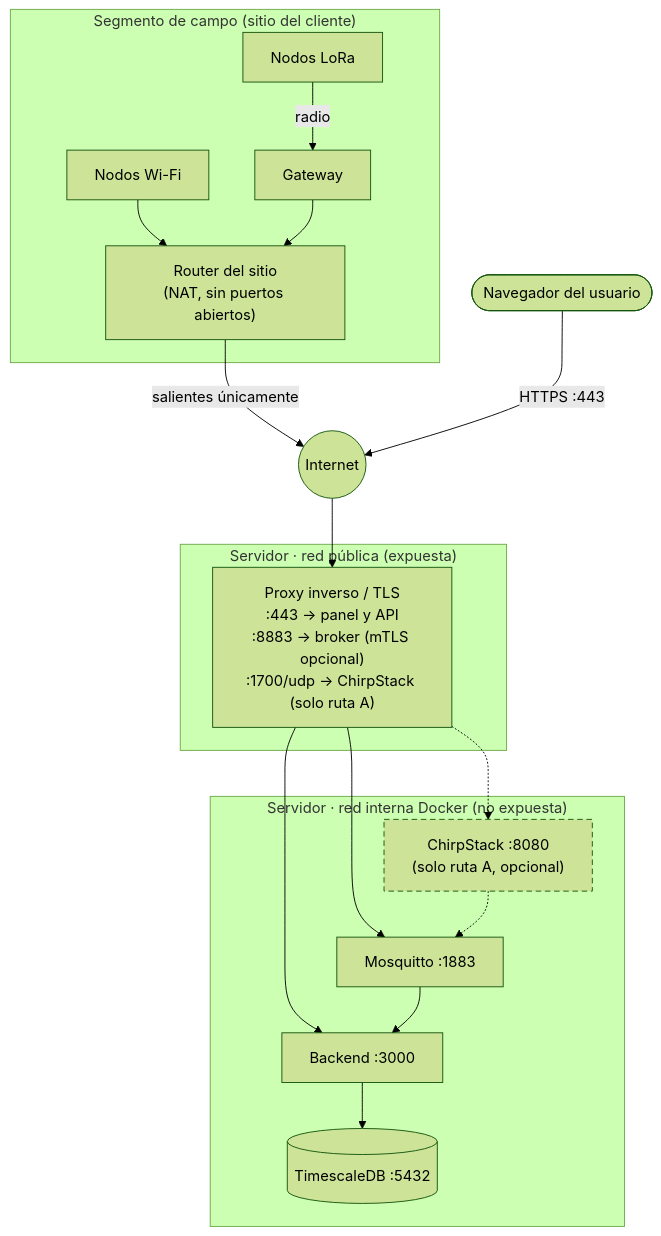
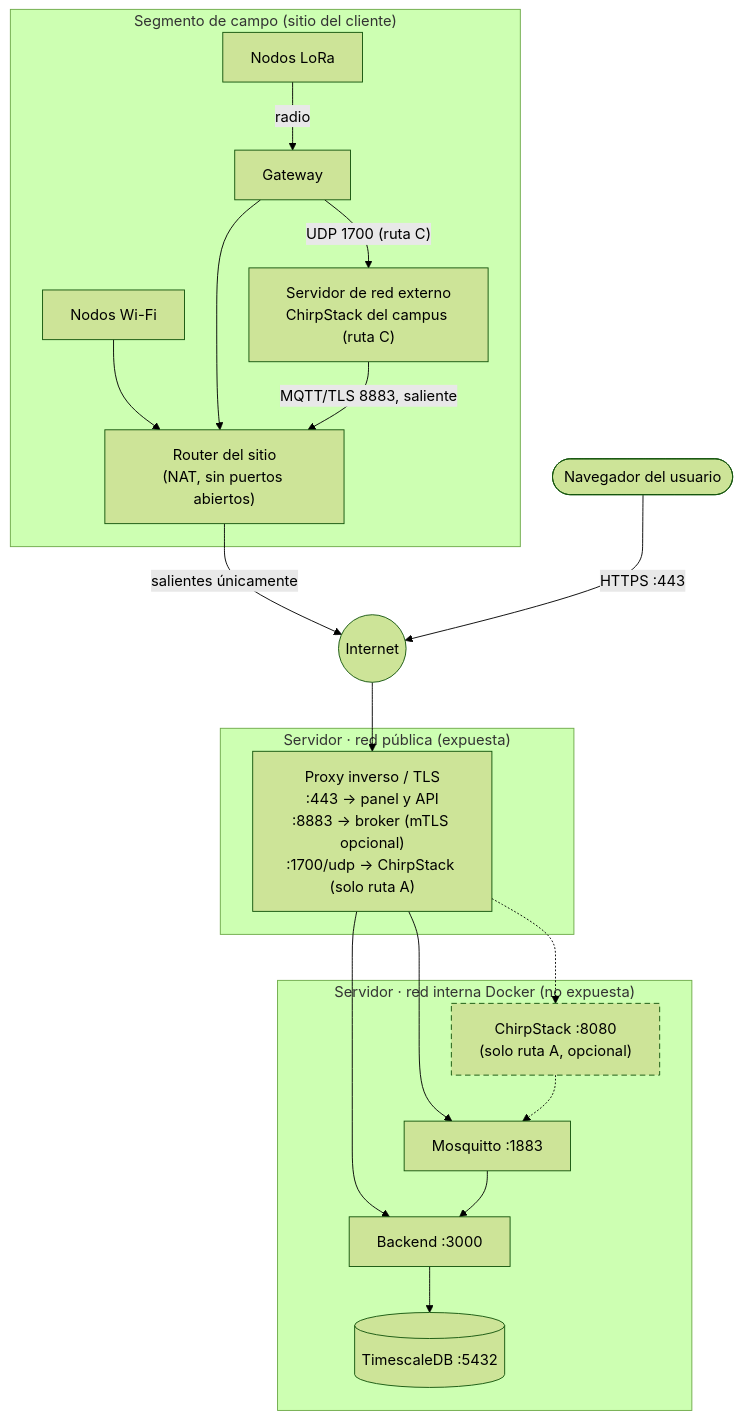
Before and after one commit to vicenterami/tesis: the diagram in informe-oficial/figuras/mermaid/red.mmd, drawn with Mermaid (forest theme). The commit also changed 17 other files, not shown here.

First line of the commit message:
Agrega la ruta C: el servidor de red LoRaWAN externo del campus publica en el broker

```diff
--- a/informe-oficial/figuras/mermaid/red.mmd
+++ b/informe-oficial/figuras/mermaid/red.mmd
@@ -1,32 +1,34 @@
 flowchart TB
     subgraph CAMPO["Segmento de campo (sitio del cliente)"]
         S1["Nodos LoRa"] -- radio --> G["Gateway"]
         S2["Nodos Wi-Fi"] --> R["Router del sitio\n(NAT, sin puertos abiertos)"]
         G --> R
+        G -- "UDP 1700 (ruta C)" --> NSE["Servidor de red externo\nChirpStack del campus (ruta C)"]
+        NSE -- "MQTT/TLS 8883, saliente" --> R
     end
 
     INET(("Internet"))
 
     subgraph DMZ["Servidor · red pública (expuesta)"]
         RP["Proxy inverso / TLS\n:443 → panel y API\n:8883 → broker (mTLS opcional)\n:1700/udp → ChirpStack (solo ruta A)"]
     end
 
     subgraph INT["Servidor · red interna Docker (no expuesta)"]
         MQ["Mosquitto :1883"]
         CS["ChirpStack :8080\n(solo ruta A, opcional)"]
         BE["Backend :3000"]
         DB[("TimescaleDB :5432")]
     end
 
     R -- "salientes únicamente" --> INET
     INET --> RP
     RP --> MQ
     RP -.-> CS
     RP --> BE
     CS -.-> MQ
     MQ --> BE
     BE --> DB
 
     NAV(["Navegador del usuario"]) -- "HTTPS :443" --> INET
     classDef opcional stroke-dasharray:6 4
     class CS opcional
```
